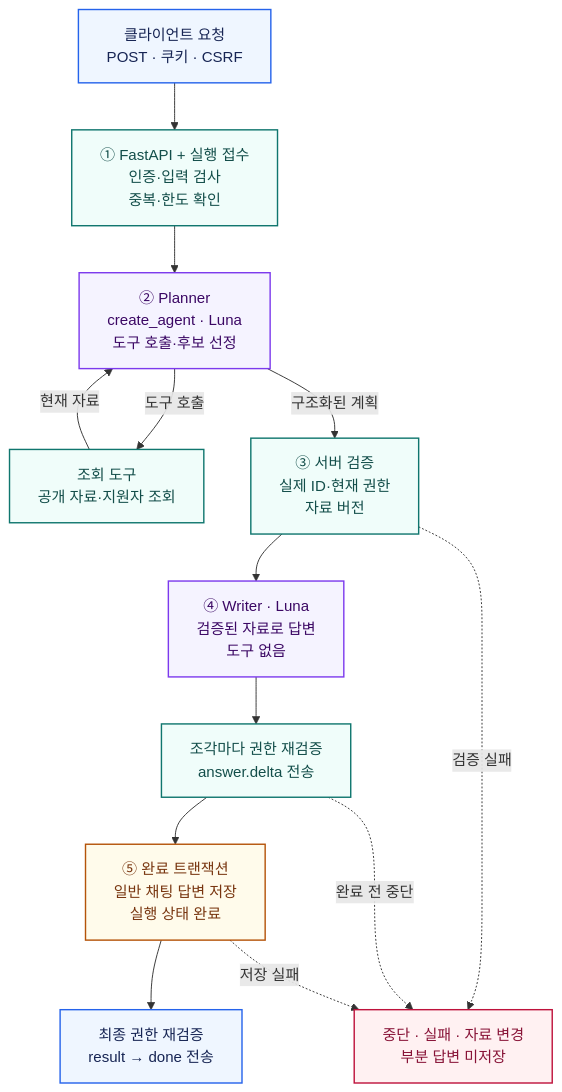
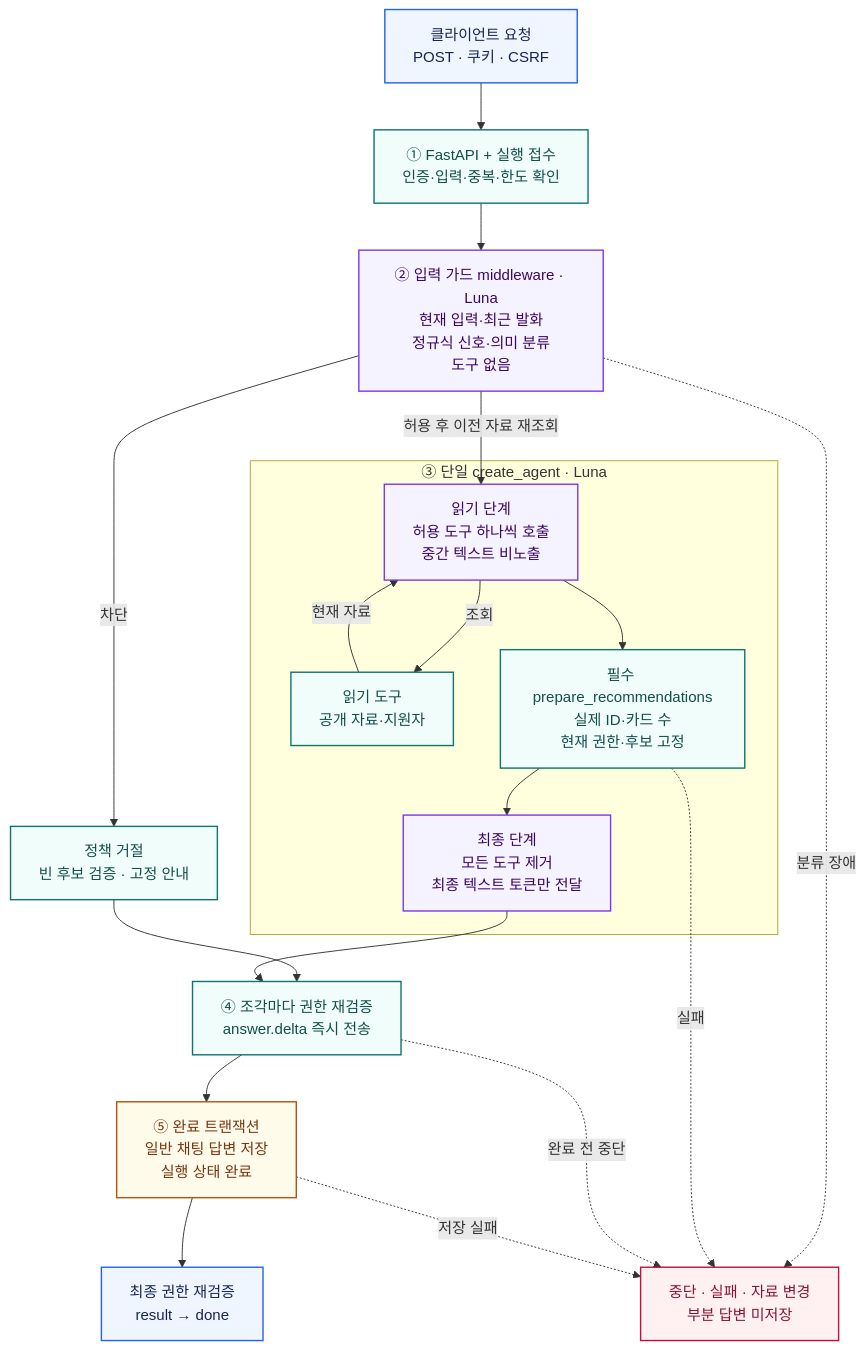
One commit to wejo-team/sku-dreamon changed the diagram in docs/development/diagrams/ai-flow.mmd. Above: the diagram before and after it, drawn with Mermaid. The commit also changed 21 other files, not shown here.

```diff
--- a/docs/development/diagrams/ai-flow.mmd
+++ b/docs/development/diagrams/ai-flow.mmd
@@ -1,46 +1,38 @@
 flowchart TB
-    accTitle: AI 요청 처리 흐름
-    accDescr: 요청 접수 뒤 Planner가 조회 도구를 사용하고 서버가 근거를 검증한다. Writer의 텍스트는 권한 검사를 거쳐 스트리밍하며, 완성 답변을 저장한 뒤 최종 결과를 보낸다.
-    client["클라이언트 요청
-    POST · 쿠키 · CSRF"]
-    accept["① FastAPI + 실행 접수
-    인증·입력 검사
-    중복·한도 확인"]
-    planner["② Planner
-    create_agent · Luna
-    도구 호출·후보 선정"]
-    tools["조회 도구
-    공개 자료·지원자 조회"]
-    validate["③ 서버 검증
-    실제 ID·현재 권한
-    자료 버전"]
-    writer["④ Writer · Luna
-    검증된 자료로 답변
-    도구 없음"]
-    chunk["조각마다 권한 재검증
-    answer.delta 전송"]
-    complete["⑤ 완료 트랜잭션
-    일반 채팅 답변 저장
-    실행 상태 완료"]
-    result["최종 권한 재검증
-    result → done 전송"]
-    rejected["중단 · 실패 · 자료 변경
-    부분 답변 미저장"]
-    client --> accept --> planner
-    planner -->|"도구 호출"| tools
-    tools -->|"현재 자료"| planner
-    planner -->|"구조화된 계획"| validate
-    validate --> writer --> chunk --> complete --> result
-    validate -.->|"검증 실패"| rejected
+    accTitle: 단일 ReAct AI 요청 처리 흐름
+    accDescr: 입력 접수 뒤 도구 없는 입력 가드가 요청을 분류한다. 단일 ReAct의 읽기 단계와 필수 서버 검증을 거쳐 같은 에이전트의 최종 텍스트를 스트리밍하고 완성 답변을 저장한다.
+    client["클라이언트 요청<br/>POST · 쿠키 · CSRF"]
+    accept["① FastAPI + 실행 접수<br/>인증·입력·중복·한도 확인"]
+    guard["② 입력 가드 middleware · Luna<br/>현재 입력·최근 발화<br/>정규식 신호·의미 분류<br/>도구 없음"]
+    policy["정책 거절<br/>빈 후보 검증 · 고정 안내"]
+    subgraph agent["③ 단일 create_agent · Luna"]
+        react["읽기 단계<br/>허용 도구 하나씩 호출<br/>중간 텍스트 비노출"]
+        tools["읽기 도구<br/>공개 자료·지원자"]
+        validate["필수 prepare_recommendations<br/>실제 ID·카드 수<br/>현재 권한·후보 고정"]
+        final["최종 단계<br/>모든 도구 제거<br/>최종 텍스트 토큰만 전달"]
+        react -->|"조회"| tools
+        tools -->|"현재 자료"| react
+        react --> validate --> final
+    end
+    chunk["④ 조각마다 권한 재검증<br/>answer.delta 즉시 전송"]
+    complete["⑤ 완료 트랜잭션<br/>일반 채팅 답변 저장<br/>실행 상태 완료"]
+    result["최종 권한 재검증<br/>result → done"]
+    rejected["중단 · 실패 · 자료 변경<br/>부분 답변 미저장"]
+    client --> accept --> guard
+    guard -->|"허용 후 이전 자료 재조회"| react
+    guard -->|"차단"| policy --> chunk
+    guard -.->|"분류 장애"| rejected
+    final --> chunk --> complete --> result
+    validate -.->|"실패"| rejected
     chunk -.->|"완료 전 중단"| rejected
     complete -.->|"저장 실패"| rejected
     classDef entry fill:#eff6ff,stroke:#2563eb,color:#172554,stroke-width:1.5px;
     classDef server fill:#f0fdfa,stroke:#0f766e,color:#134e4a,stroke-width:1.5px;
     classDef model fill:#f5f3ff,stroke:#7c3aed,color:#3b0764,stroke-width:1.5px;
     classDef storage fill:#fffbeb,stroke:#b45309,color:#78350f,stroke-width:1.5px;
     classDef failure fill:#fff1f2,stroke:#be123c,color:#881337,stroke-width:1.5px;
     class client,result entry;
-    class accept,tools,validate,chunk server;
-    class planner,writer model;
+    class accept,tools,validate,chunk,policy server;
+    class guard,react,final model;
     class complete storage;
     class rejected failure;
```
